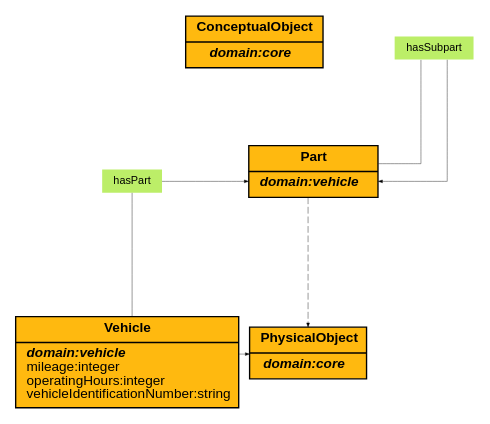
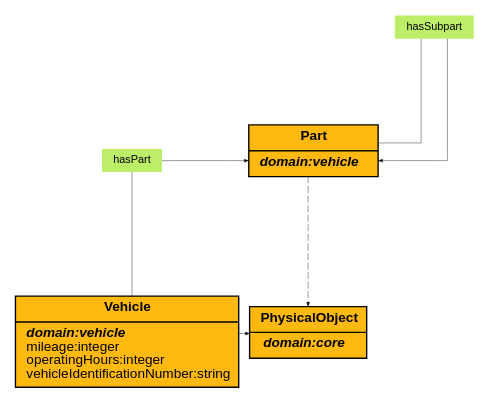
Before and after one commit to eclipse-tractusx/sldt-ontology-model: the diagram in docs/images/vehicle_ontology.gv, drawn with Graphviz. The commit also changed 9 other files, not shown here.

```diff
--- a/docs/images/vehicle_ontology.gv
+++ b/docs/images/vehicle_ontology.gv
@@ -1,17 +1,16 @@
 digraph vehicle_ontology {
 	graph [fontname="Helvetica,Arial,sans-serif" fontsize=10 layout=neato overlap=false splines=ortho]
 	node [fillcolor=darkgoldenrod1 fontname="Helvetica,Arial,sans-serif" fontsize=10 shape=record]
 	edge [arrowsize=0.3 fontname="Helvetica,Arial,sans-serif" fontsize=10 penwidth=0.3]
-	ConceptualObject [label=<{<b>ConceptualObject</b> | <i><b> domain:core</b></i> <br align="left"/>}> style=filled]
 	PhysicalObject [label=<{<b>PhysicalObject</b> | <i><b> domain:core</b></i> <br align="left"/>}> style=filled]
 	Part [label=<{<b>Part</b> | <i><b> domain:vehicle</b></i> <br align="left"/>}> style=filled]
 	Vehicle [label=<{<b>Vehicle</b> | <i><b> domain:vehicle</b></i> <br align="left"/>mileage:integer<br align="left"/>operatingHours:integer<br align="left"/>vehicleIdentificationNumber:string<br align="left"/>}> style=filled]
 	hasPart [label=hasPart fillcolor=darkolivegreen2 fontsize=8 height=0 shape=plaintext style=filled width=0]
 	hasSubpart [label=hasSubpart fillcolor=darkolivegreen2 fontsize=8 height=0 shape=plaintext style=filled width=0]
 	Vehicle -> hasPart [arrowhead=none]
 	hasPart -> Part
 	Part -> hasSubpart [arrowhead=none]
 	hasSubpart -> Part
 	Part -> PhysicalObject [style=dashed]
 	Vehicle -> PhysicalObject [style=dashed]
 }
```
